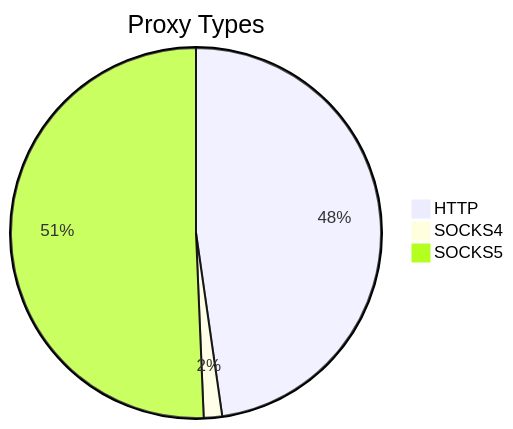
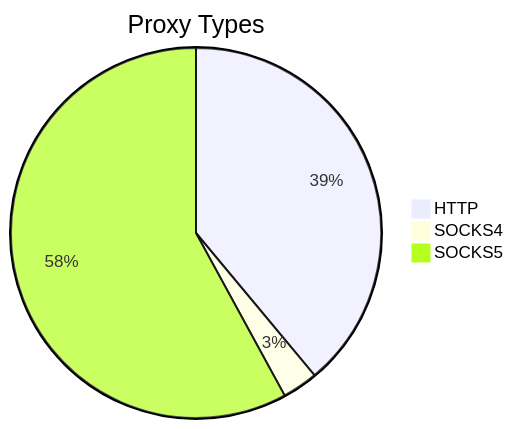
Before and after one commit to stormsia/proxy-list: the first of 2 diagrams in README.md, drawn with Mermaid. The commit also changed other lines of this file, not shown here.

````diff
--- a/README.md
+++ b/README.md
@@ -21,6 +21,6 @@
 ```mermaid
 pie title Proxy Types
-    "HTTP" : 1432
-    "SOCKS4" : 48
-    "SOCKS5" : 1520
+    "HTTP" : 1516
+    "SOCKS4" : 121
+    "SOCKS5" : 2256
 ```
````
